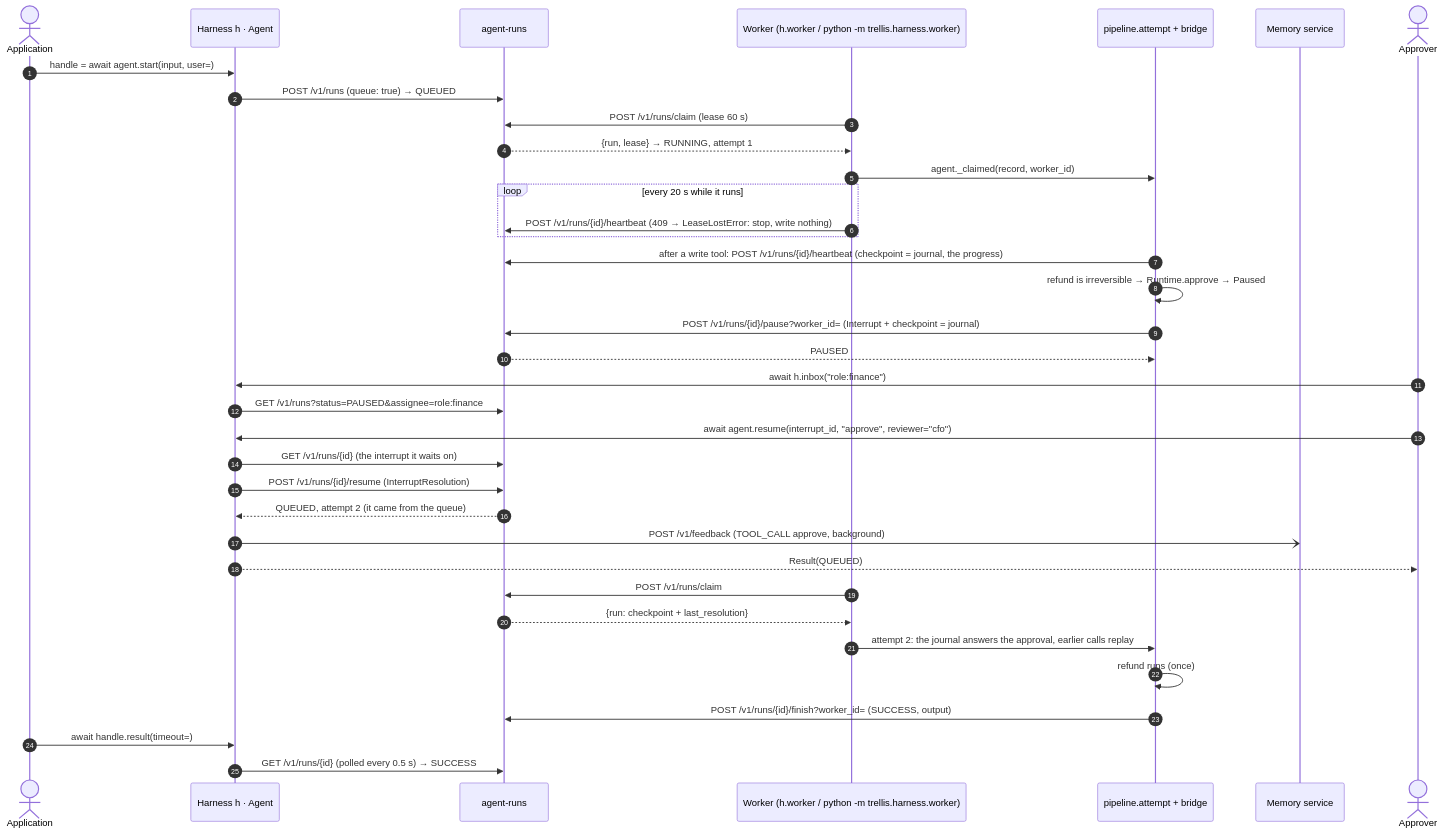
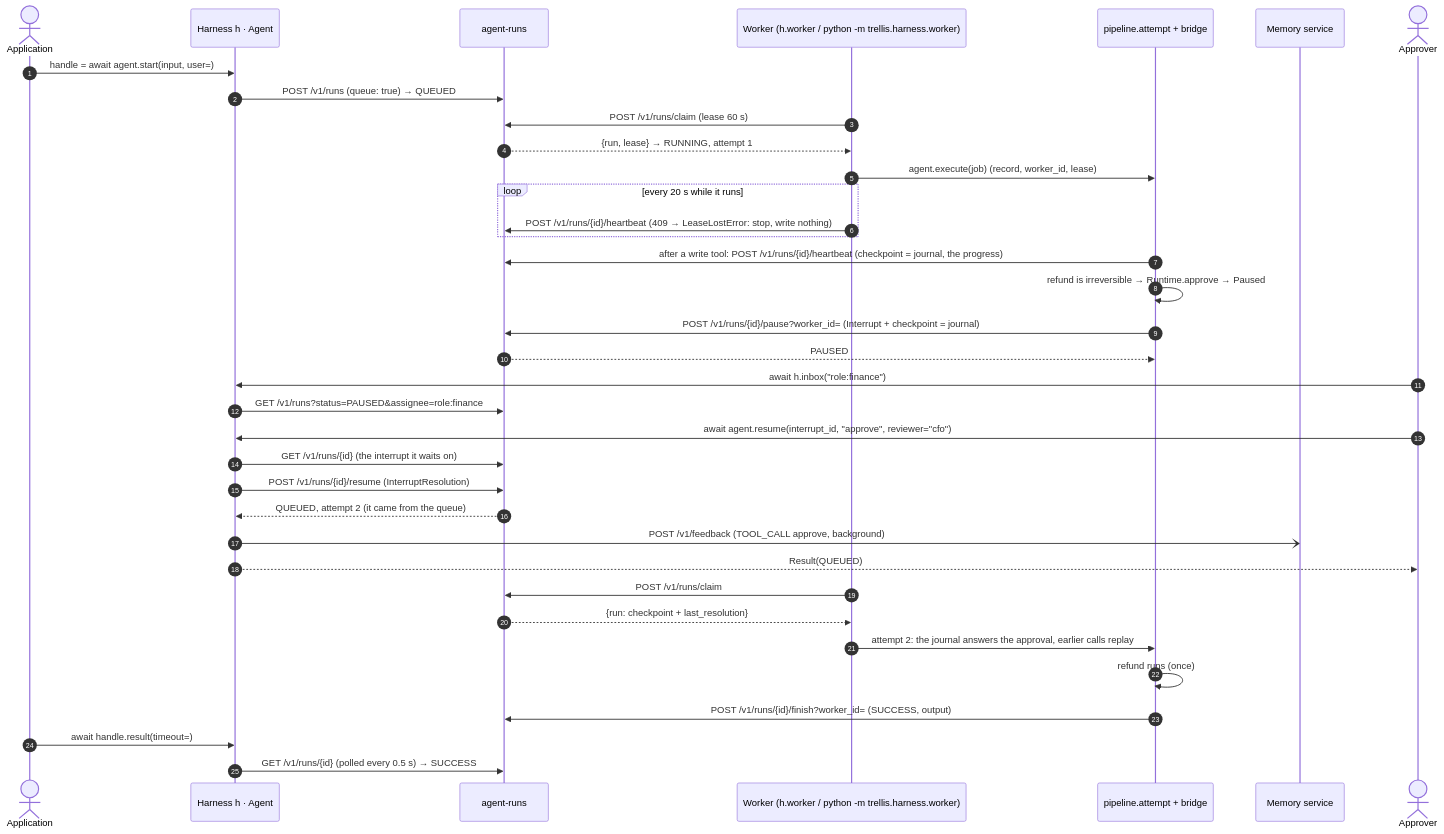
Before and after one commit to amitmohapatra/agent-harness: the sixth of 11 diagrams in ARCHITECTURE.md, drawn with Mermaid. The commit also changed other lines of this file and 96 other files, not shown here.

````diff
--- a/ARCHITECTURE.md
+++ b/ARCHITECTURE.md
@@ -408,39 +427,39 @@
 ```mermaid
 sequenceDiagram
   autonumber
   actor App as Application
   participant Agent as Harness h · Agent
   participant AR as agent-runs
   participant Wk as Worker (h.worker / python -m trellis.harness.worker)
   participant P as pipeline.attempt + bridge
   participant Mem as Memory service
   actor CFO as Approver
 
   App->>Agent: handle = await agent.start(input, user=)
   Agent->>AR: POST /v1/runs (queue: true) → QUEUED
   Wk->>AR: POST /v1/runs/claim (lease 60 s)
   AR-->>Wk: {run, lease} → RUNNING, attempt 1
-  Wk->>P: agent._claimed(record, worker_id)
+  Wk->>P: agent.execute(job) (record, worker_id, lease)
   loop every 20 s while it runs
     Wk->>AR: POST /v1/runs/{id}/heartbeat (409 → LeaseLostError: stop, write nothing)
   end
   P->>AR: after a write tool: POST /v1/runs/{id}/heartbeat (checkpoint = journal, the progress)
   P->>P: refund is irreversible → Runtime.approve → Paused
   P->>AR: POST /v1/runs/{id}/pause?worker_id= (Interrupt + checkpoint = journal)
   AR-->>P: PAUSED
   CFO->>Agent: await h.inbox("role:finance")
   Agent->>AR: GET /v1/runs?status=PAUSED&assignee=role:finance
   CFO->>Agent: await agent.resume(interrupt_id, "approve", reviewer="cfo")
   Agent->>AR: GET /v1/runs/{id} (the interrupt it waits on)
   Agent->>AR: POST /v1/runs/{id}/resume (InterruptResolution)
   AR-->>Agent: QUEUED, attempt 2 (it came from the queue)
   Agent-)Mem: POST /v1/feedback (TOOL_CALL approve, background)
   Agent-->>CFO: Result(QUEUED)
   Wk->>AR: POST /v1/runs/claim
   AR-->>Wk: {run: checkpoint + last_resolution}
   Wk->>P: attempt 2: the journal answers the approval, earlier calls replay
   P->>P: refund runs (once)
   P->>AR: POST /v1/runs/{id}/finish?worker_id= (SUCCESS, output)
   App->>Agent: await handle.result(timeout=)
   Agent->>AR: GET /v1/runs/{id} (polled every 0.5 s) → SUCCESS
 ```
````
